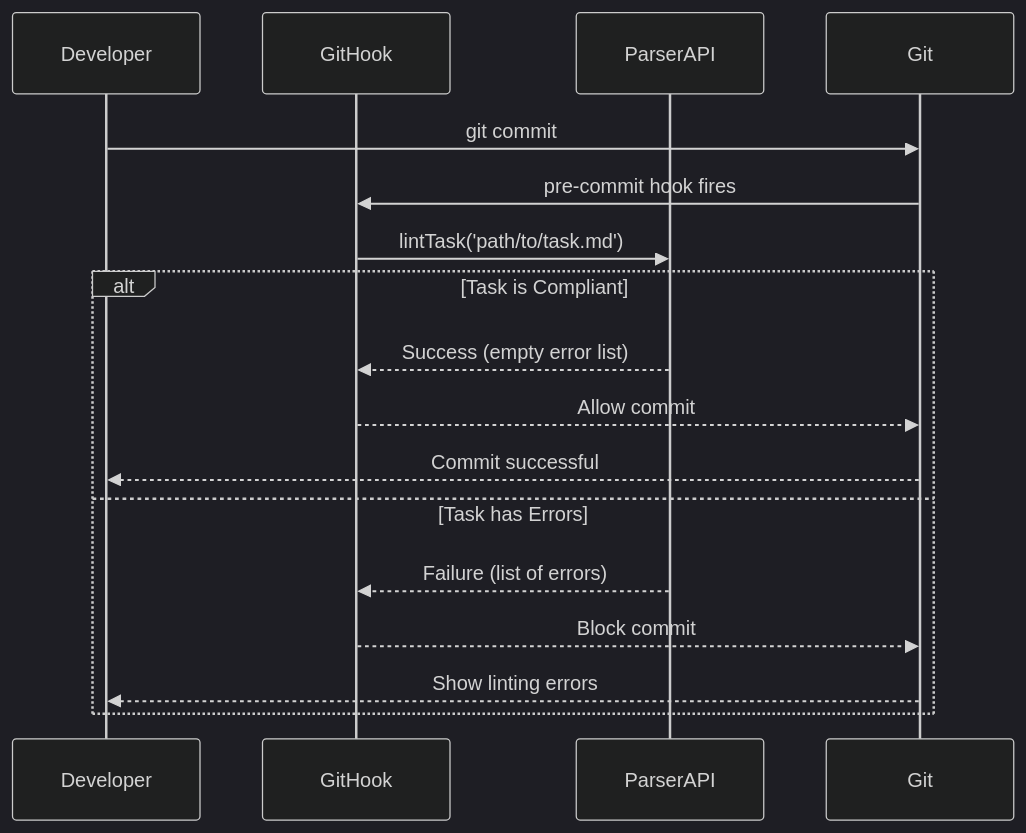
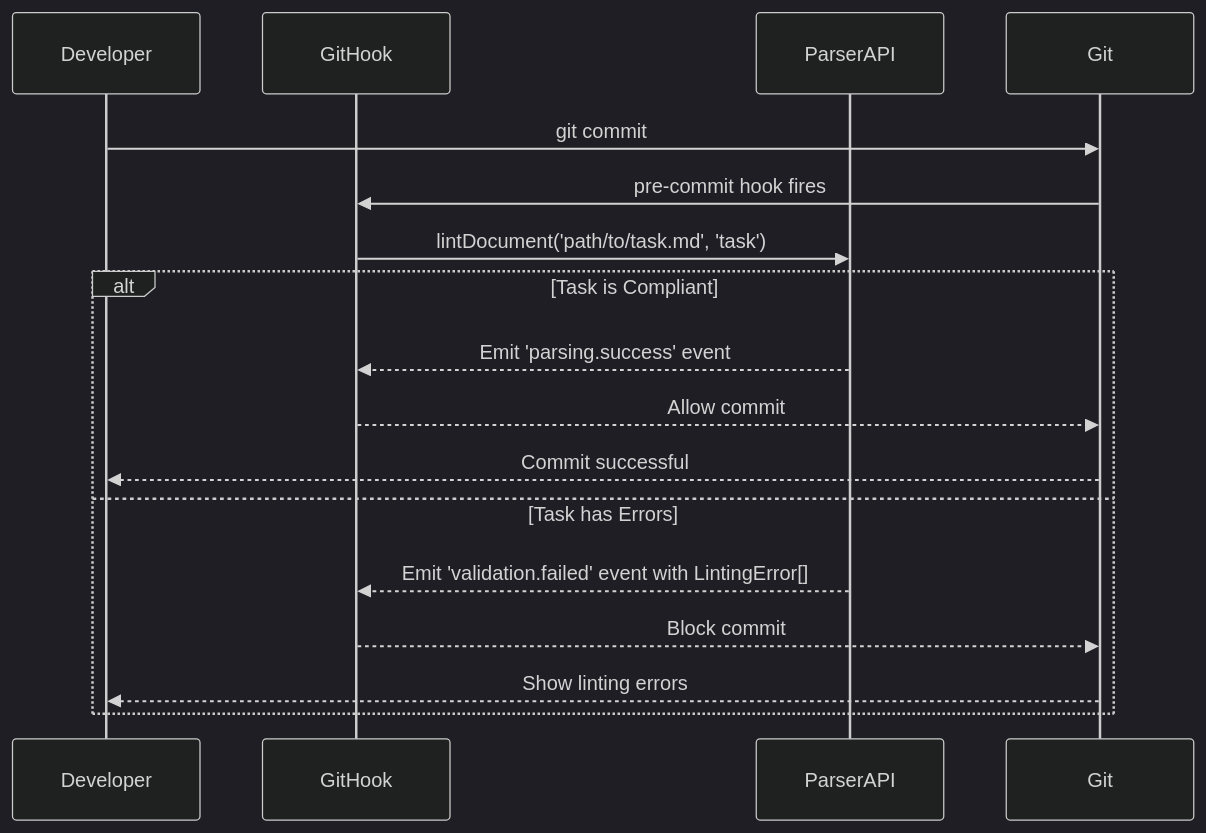
The first of 7 diagrams in docs/requirements/p1.p5-doc-parser.plan.md (livelifelively/documentation-driven-development-tools), drawn with Mermaid (dark theme) before and after one commit. The commit also changed other lines of this file and 2 other files, not shown here.

````diff
--- a/docs/requirements/p1.p5-doc-parser.plan.md
+++ b/docs/requirements/p1.p5-doc-parser.plan.md
@@ -35,20 +35,20 @@
 ```mermaid
 sequenceDiagram
     participant Developer
     participant GitHook
     participant ParserAPI
     participant Git
 
     Developer->>Git: git commit
     Git->>GitHook: pre-commit hook fires
-    GitHook->>ParserAPI: lintTask('path/to/task.md')
+    GitHook->>ParserAPI: lintDocument('path/to/task.md', 'task')
     alt Task is Compliant
-        ParserAPI-->>GitHook: Success (empty error list)
+        ParserAPI-->>GitHook: Emit 'parsing.success' event
         GitHook-->>Git: Allow commit
         Git-->>Developer: Commit successful
     else Task has Errors
-        ParserAPI-->>GitHook: Failure (list of errors)
+        ParserAPI-->>GitHook: Emit 'validation.failed' event with LintingError[]
         GitHook-->>Git: Block commit
         Git-->>Developer: Show linting errors
     end
 ```
````
